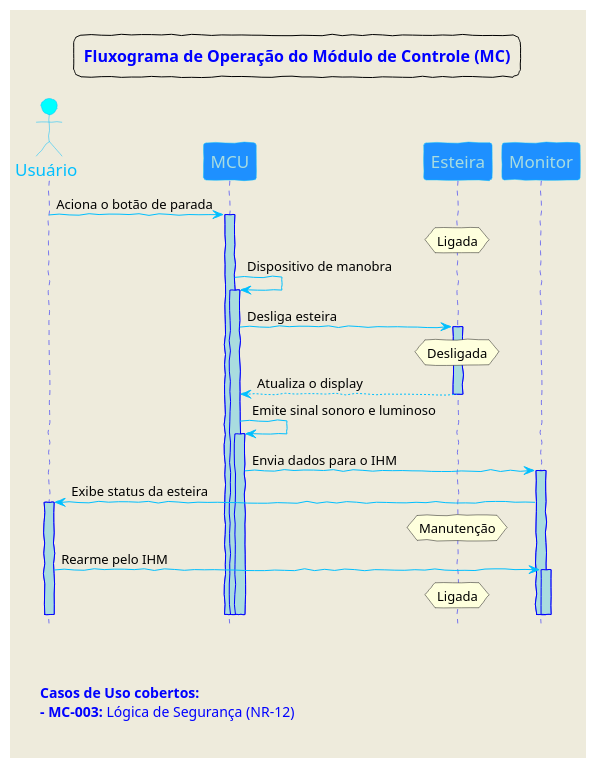
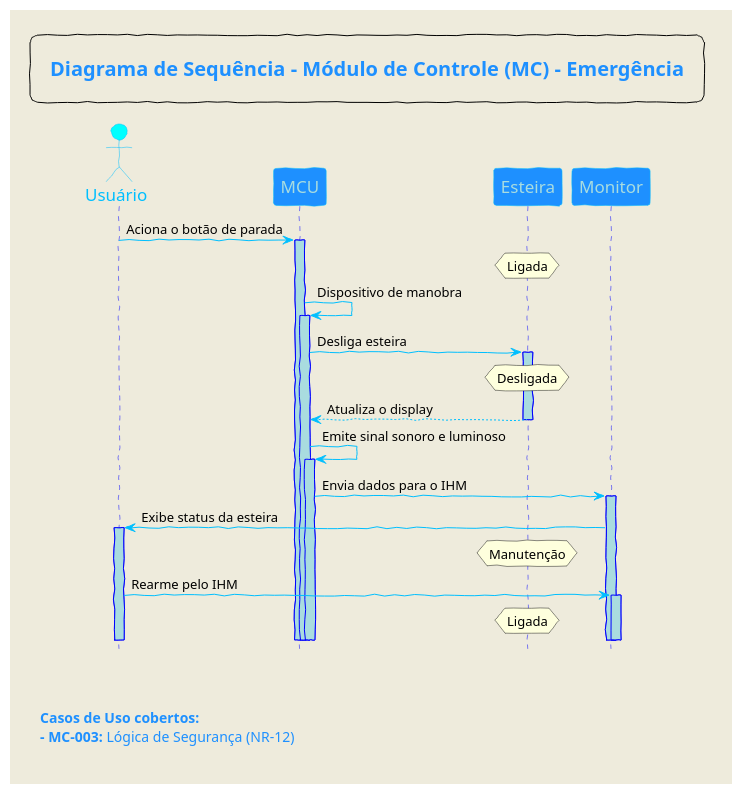
Before and after one commit to Embrapac/diagramas: the diagram in DS-EMERGENCIA-001.puml, drawn with PlantUML. The commit also changed 3 other files, not shown here.

```diff
--- a/DS-EMERGENCIA-001.puml
+++ b/DS-EMERGENCIA-001.puml
@@ -1,70 +1,69 @@
 @startuml
 
 <style>
 footer {
   HorizontalAlignment left
   FontSize 14
-  FontColor blue
+  FontColor DodgerBlue
   FontName Arial
   Margin 20
   Padding 10
 }
-
 legend {
   HorizontalAlignment center
-  FontSize 16
-  FontColor Blue
+  FontSize 20
+  FontColor DodgerBlue
   FontName Arial
   Margin 20
-  Padding 10
+  Padding 20
 }
 </style>
 
 
 
 'Parametros de cor:
 skinparam backgroundColor #EEEBDC
 skinparam handwritten true
 skinparam sequenceArrowColor DeepSkyBlue
 skinparam sequenceActorBorderColor DeepSkyBlue
 skinparam sequenceLifeLineBorderColor blue
 skinparam sequenceLifeLineBackgroundColor #A9DCDF
 skinparam sequenceParticipantBorderColor DeepSkyBlue
 skinparam sequenceParticipantBackgroundColor DodgerBlue
 skinparam sequenceParticipantFontName Impact
 skinparam sequenceParticipantFontSize 17
 skinparam sequenceParticipantFontColor #A9DCDF
 skinparam sequenceActorBackgroundColor aqua
 skinparam sequenceActorFontColor DeepSkyBlue
 skinparam sequenceActorFontSize 17
 skinparam sequenceActorFontName Aapex
 
 autoactivate on
 Hide footbox
 actor Usuário
 Usuário -> MCU : Aciona o botão de parada
 hnote over Esteira : Ligada
 MCU -> MCU : Dispositivo de manobra
 MCU -> Esteira : Desliga esteira
 hnote over Esteira : Desligada
 return Atualiza o display
 MCU -> MCU : Emite sinal sonoro e luminoso
 MCU -> Monitor : Envia dados para o IHM
 Monitor -> Usuário : Exibe status da esteira
 hnote over Esteira : Manutenção
 Usuário -> Monitor : Rearme pelo IHM
 hnote over Esteira : Ligada
 
 legend top
- **Fluxograma de Operação do Módulo de Controle (MC)**
+ **Diagrama de Sequência - Módulo de Controle (MC) - Emergência**
 end legend
 
 footer
 
 
   **Casos de Uso cobertos:**
    **- MC-003:** Lógica de Segurança (NR-12)
 end footer  
 
 
 @enduml
```
